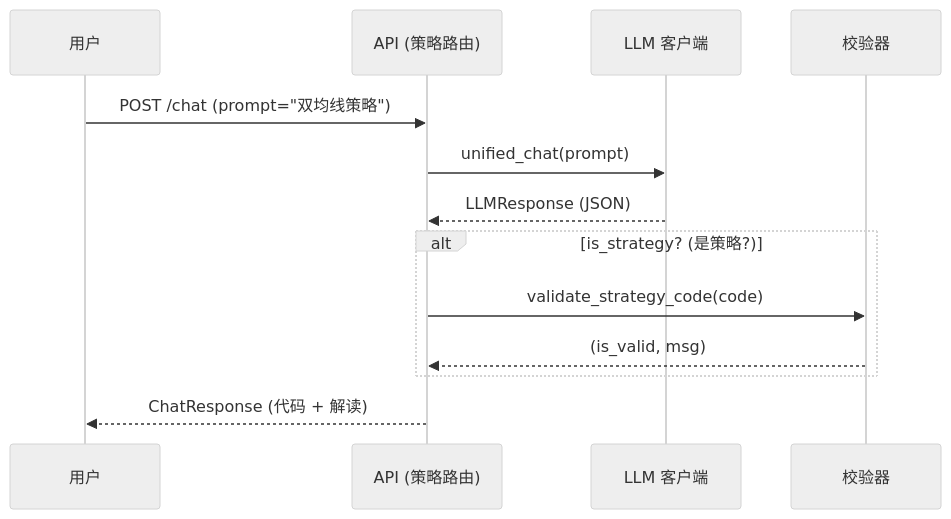
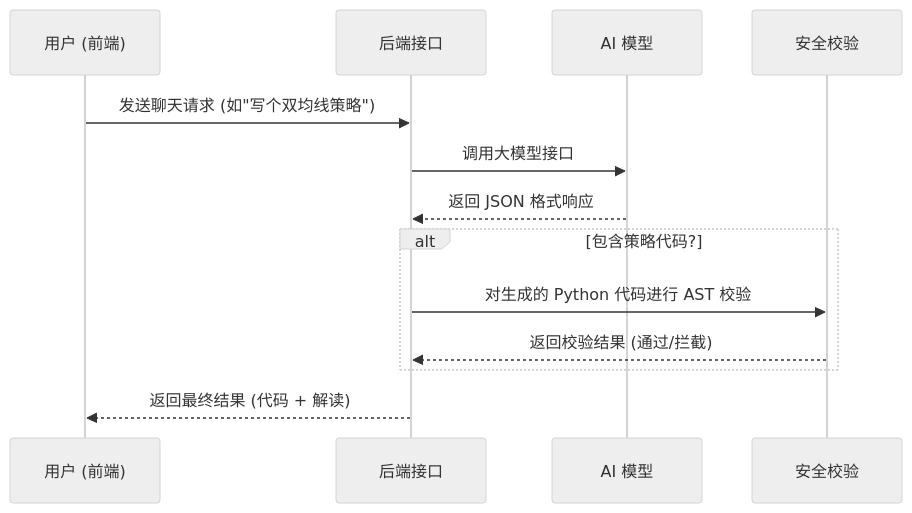
Before and after one commit to ivecoGolden/PyQuantAlpha: the second of 3 diagrams in docs/ARCHITECTURE_DIAGRAM.md, drawn with Mermaid (neutral theme). The commit also changed other lines of this file, not shown here.

Commit message:
docs: Update architecture diagram.

````diff
--- a/docs/ARCHITECTURE_DIAGRAM.md
+++ b/docs/ARCHITECTURE_DIAGRAM.md
@@ -87,18 +87,18 @@
 ```mermaid
 sequenceDiagram
-    participant User as 用户
-    participant API as API (策略路由)
-    participant LLM as LLM 客户端
-    participant Val as 校验器
+    participant User as 用户 (前端)
+    participant API as 后端接口
+    participant LLM as AI 模型
+    participant Val as 安全校验
 
-    User->>API: POST /chat (prompt="双均线策略")
-    API->>LLM: unified_chat(prompt)
-    LLM-->>API: LLMResponse (JSON)
+    User->>API: 发送聊天请求 (如"写个双均线策略")
+    API->>LLM: 调用大模型接口
+    LLM-->>API: 返回 JSON 格式响应
     
-    alt is_strategy? (是策略?)
-        API->>Val: validate_strategy_code(code)
-        Val-->>API: (is_valid, msg)
+    alt 包含策略代码?
+        API->>Val: 对生成的 Python 代码进行 AST 校验
+        Val-->>API: 返回校验结果 (通过/拦截)
     end
 
-    API-->>User: ChatResponse (代码 + 解读)
+    API-->>User: 返回最终结果 (代码 + 解读)
 ```
````
